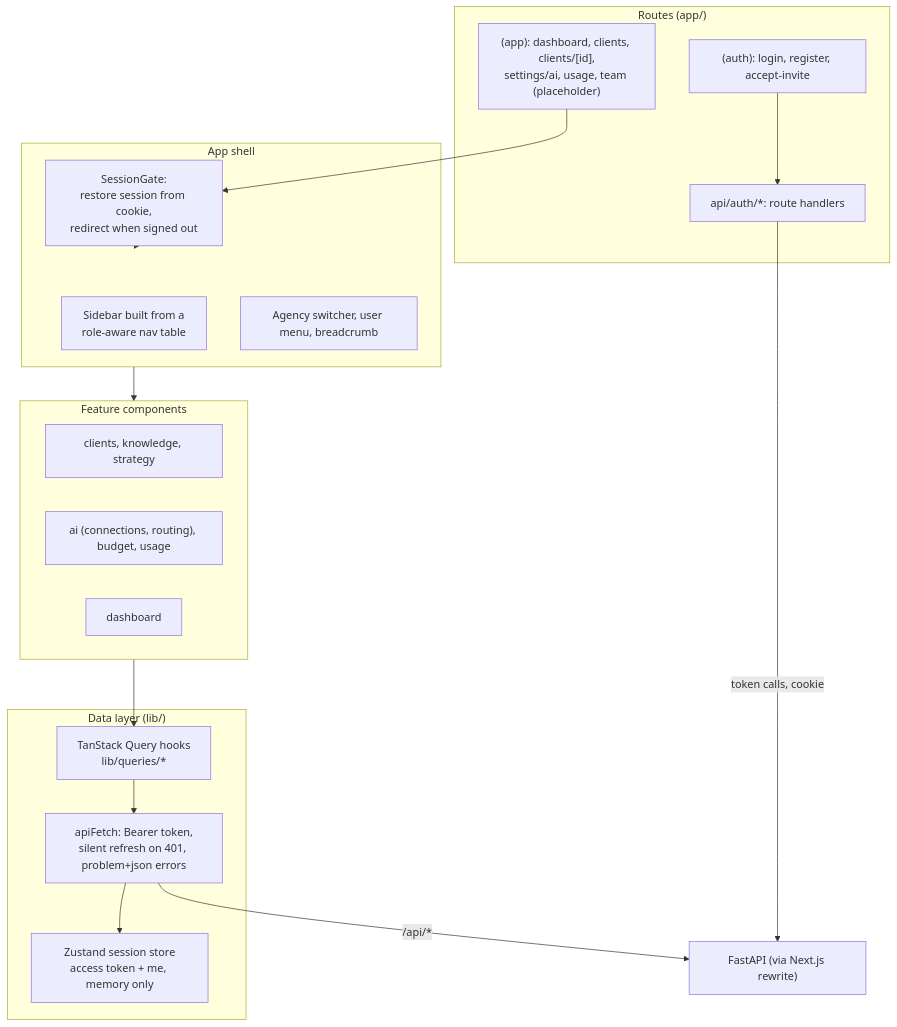
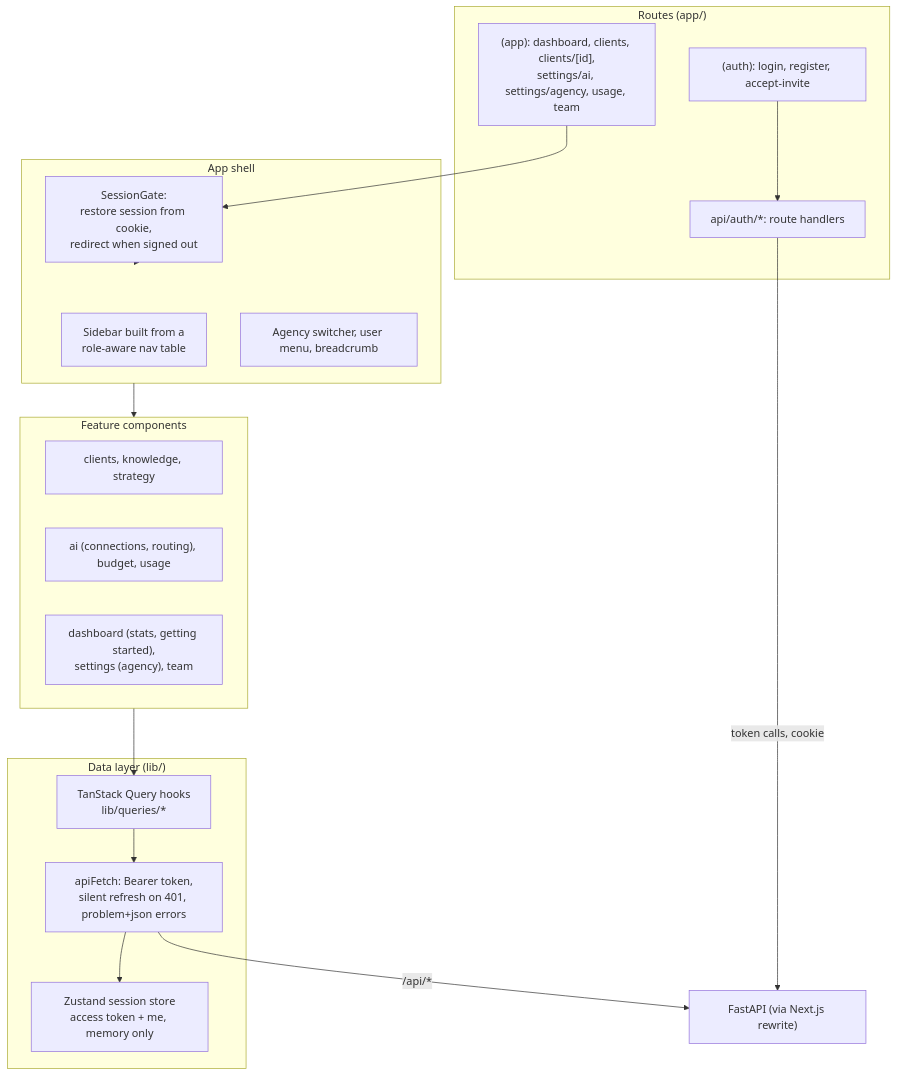
One commit to shrxprxyx/MarketPilot changed diagram 13 of 15 in README.md. Above: the diagram before and after it, drawn with Mermaid. The commit also changed other lines of this file, not shown here.

````diff
--- a/README.md
+++ b/README.md
@@ -735,31 +782,31 @@
 ```mermaid
 flowchart TB
     subgraph routes["Routes (app/)"]
         auth["(auth): login, register, accept-invite"]
-        appr["(app): dashboard, clients, clients/[id],<br/>settings/ai, usage, team (placeholder)"]
+        appr["(app): dashboard, clients, clients/[id],<br/>settings/ai, settings/agency, usage, team"]
         ah["api/auth/*: route handlers"]
     end
     subgraph shell["App shell"]
         gate["SessionGate:<br/>restore session from cookie,<br/>redirect when signed out"]
         nav["Sidebar built from a<br/>role-aware nav table"]
         sw["Agency switcher, user menu, breadcrumb"]
     end
     subgraph feat["Feature components"]
         f1["clients, knowledge, strategy"]
         f2["ai (connections, routing), budget, usage"]
-        f3["dashboard"]
+        f3["dashboard (stats, getting started),<br/>settings (agency), team"]
     end
     subgraph data["Data layer (lib/)"]
         q["TanStack Query hooks<br/>lib/queries/*"]
         api["apiFetch: Bearer token,<br/>silent refresh on 401, problem+json errors"]
         ss["Zustand session store<br/>access token + me, memory only"]
     end
 
     appr --> gate --> shell
     shell --> feat
     feat --> q --> api
     api --> ss
     api -->|"/api/*"| be["FastAPI (via Next.js rewrite)"]
     auth --> ah
     ah -->|"token calls, cookie"| be
 ```
````
